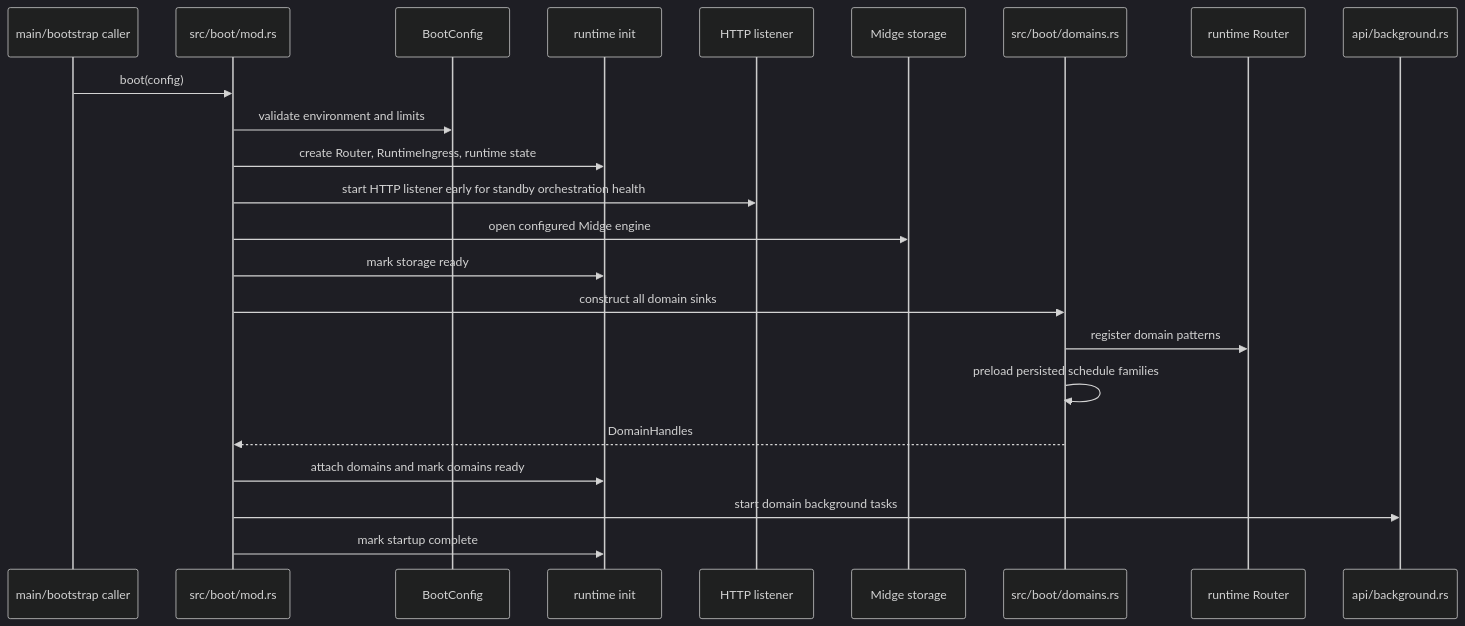
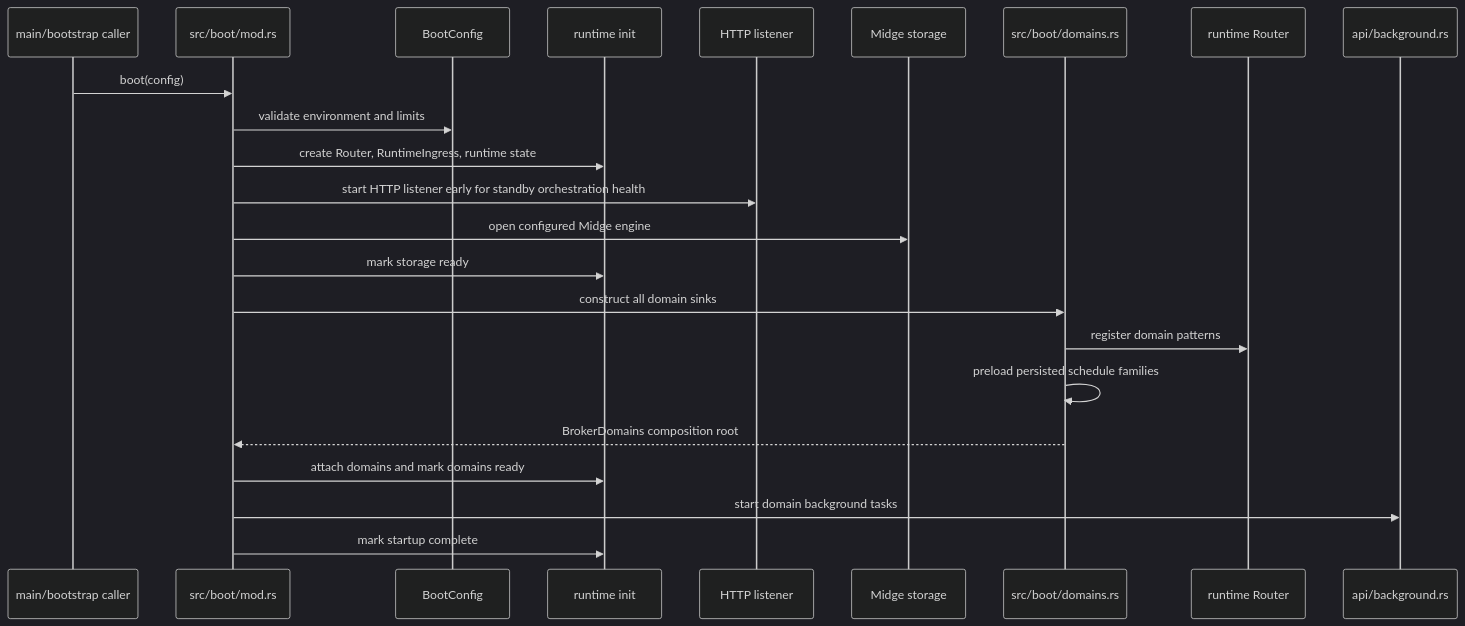
One commit to cntryl/fitz changed the first of 4 diagrams in docs/development/code-architecture-runtime-flows.md. Above: the diagram before and after it, drawn with Mermaid (dark theme). The commit also changed other lines of this file and 340 other files, not shown here.

````diff
--- a/docs/development/code-architecture-runtime-flows.md
+++ b/docs/development/code-architecture-runtime-flows.md
@@ -11,26 +11,26 @@
 ```mermaid
 sequenceDiagram
     participant Main as main/bootstrap caller
     participant Boot as src/boot/mod.rs
     participant Config as BootConfig
     participant Runtime as runtime init
     participant HTTP as HTTP listener
     participant Storage as Midge storage
     participant Domains as src/boot/domains.rs
     participant Router as runtime Router
     participant Background as api/background.rs
 
     Main->>Boot: boot(config)
     Boot->>Config: validate environment and limits
     Boot->>Runtime: create Router, RuntimeIngress, runtime state
     Boot->>HTTP: start HTTP listener early for standby orchestration health
     Boot->>Storage: open configured Midge engine
     Boot->>Runtime: mark storage ready
     Boot->>Domains: construct all domain sinks
     Domains->>Router: register domain patterns
     Domains->>Domains: preload persisted schedule families
-    Domains-->>Boot: DomainHandles
+    Domains-->>Boot: BrokerDomains composition root
     Boot->>Runtime: attach domains and mark domains ready
     Boot->>Background: start domain background tasks
     Boot->>Runtime: mark startup complete
 ```
````
